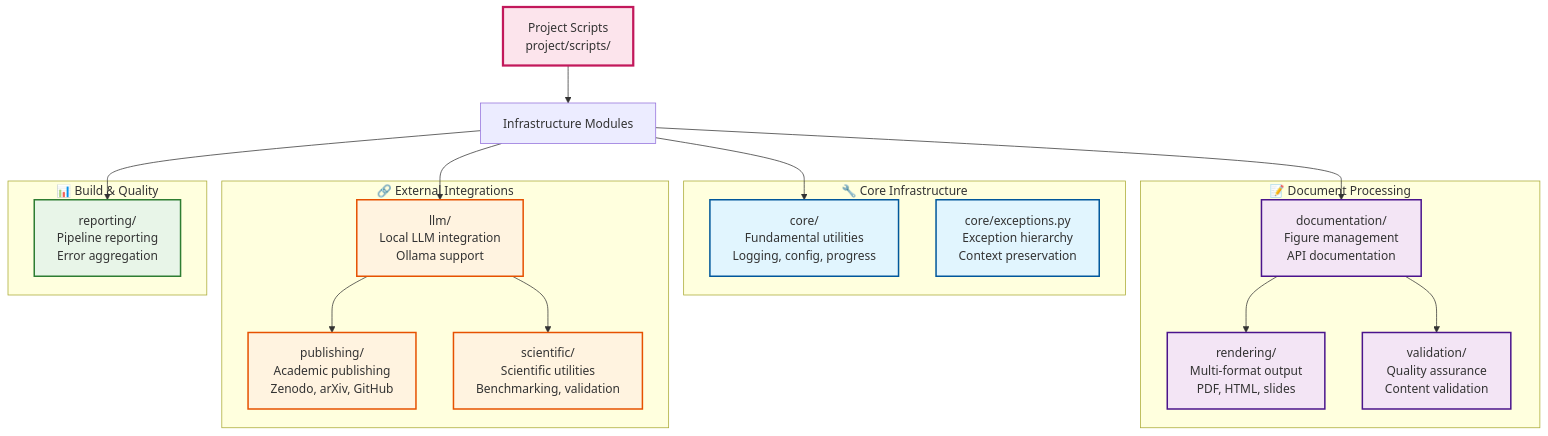
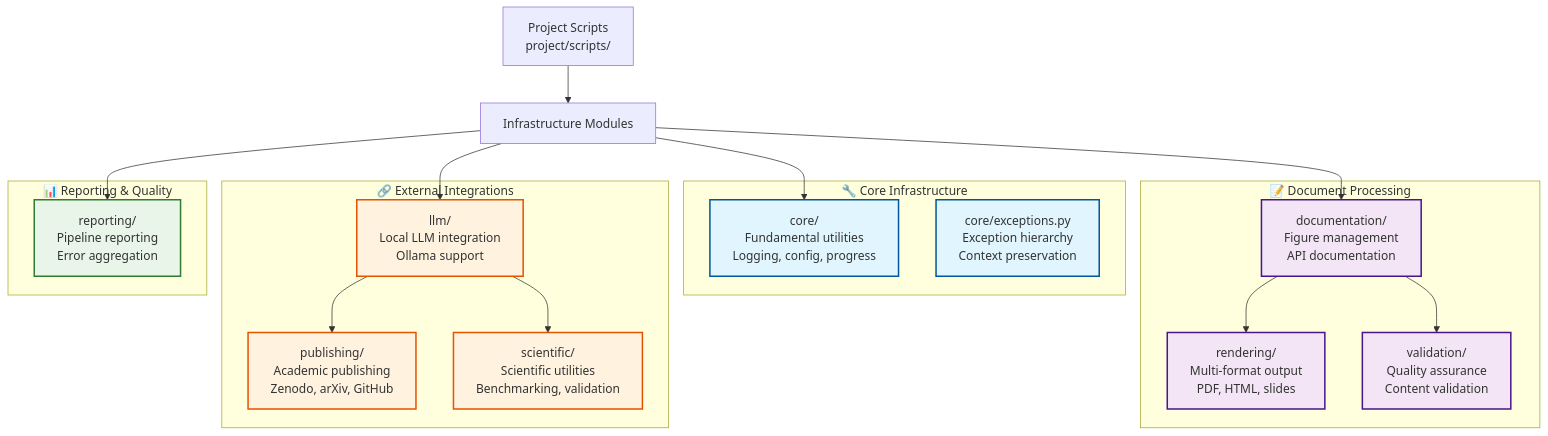
Before and after one commit to docxology/template: the first of 4 diagrams in infrastructure/README.md, drawn with Mermaid. The commit also changed other lines of this file and 1497 other files, not shown here.

````diff
--- a/infrastructure/README.md
+++ b/infrastructure/README.md
@@ -11,50 +11,48 @@
 ```mermaid
 graph TD
     subgraph "🔧 Core Infrastructure"
         CORE[core/<br/>Fundamental utilities<br/>Logging, config, progress]
         EXCEPTIONS[core/exceptions.py<br/>Exception hierarchy<br/>Context preservation]
     end
 
     subgraph "📝 Document Processing"
         DOC[documentation/<br/>Figure management<br/>API documentation]
         RENDER[rendering/<br/>Multi-format output<br/>PDF, HTML, slides]
         VALIDATION[validation/<br/>Quality assurance<br/>Content validation]
     end
 
     subgraph "🔗 External Integrations"
         LLM[llm/<br/>Local LLM integration<br/>Ollama support]
         PUBLISHING[publishing/<br/>Academic publishing<br/>Zenodo, arXiv, GitHub]
         SCIENTIFIC[scientific/<br/>Scientific utilities<br/>Benchmarking, validation]
     end
 
-    subgraph "📊 Build & Quality"
+    subgraph "📊 Reporting & Quality"
         REPORTING[reporting/<br/>Pipeline reporting<br/>Error aggregation]
     end
 
     PROJECT_SCRIPTS[Project Scripts<br/>project/scripts/]
     INFRASTRUCTURE[Infrastructure Modules]
 
     PROJECT_SCRIPTS --> INFRASTRUCTURE
     INFRASTRUCTURE --> CORE
     INFRASTRUCTURE --> DOC
     INFRASTRUCTURE --> LLM
     INFRASTRUCTURE --> REPORTING
 
     DOC --> RENDER
     DOC --> VALIDATION
 
     LLM --> PUBLISHING
     LLM --> SCIENTIFIC
 
     classDef core fill:#e1f5fe,stroke:#01579b,stroke-width:2px
     classDef doc fill:#f3e5f5,stroke:#4a148c,stroke-width:2px
     classDef integration fill:#fff3e0,stroke:#e65100,stroke-width:2px
     classDef build fill:#e8f5e8,stroke:#2e7d32,stroke-width:2px
-    classDef orchestrator fill:#fce4ec,stroke:#c2185b,stroke-width:3px
 
     class CORE,EXCEPTIONS core
     class DOC,RENDER,VALIDATION doc
     class LLM,PUBLISHING,SCIENTIFIC integration
     class REPORTING build
-    class PROJECT_SCRIPTS orchestrator
 ```
````
